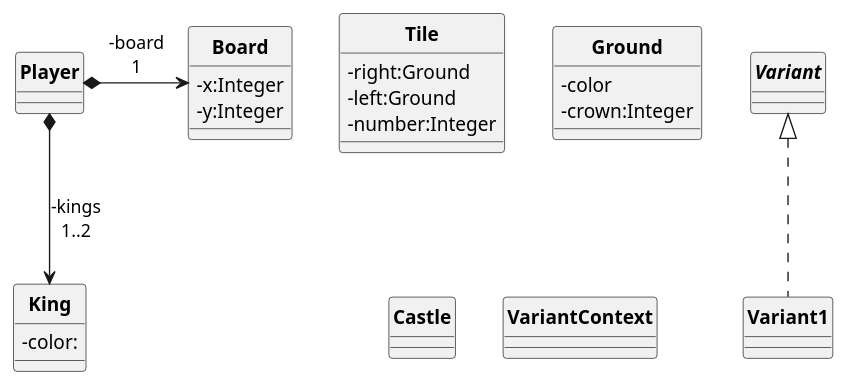
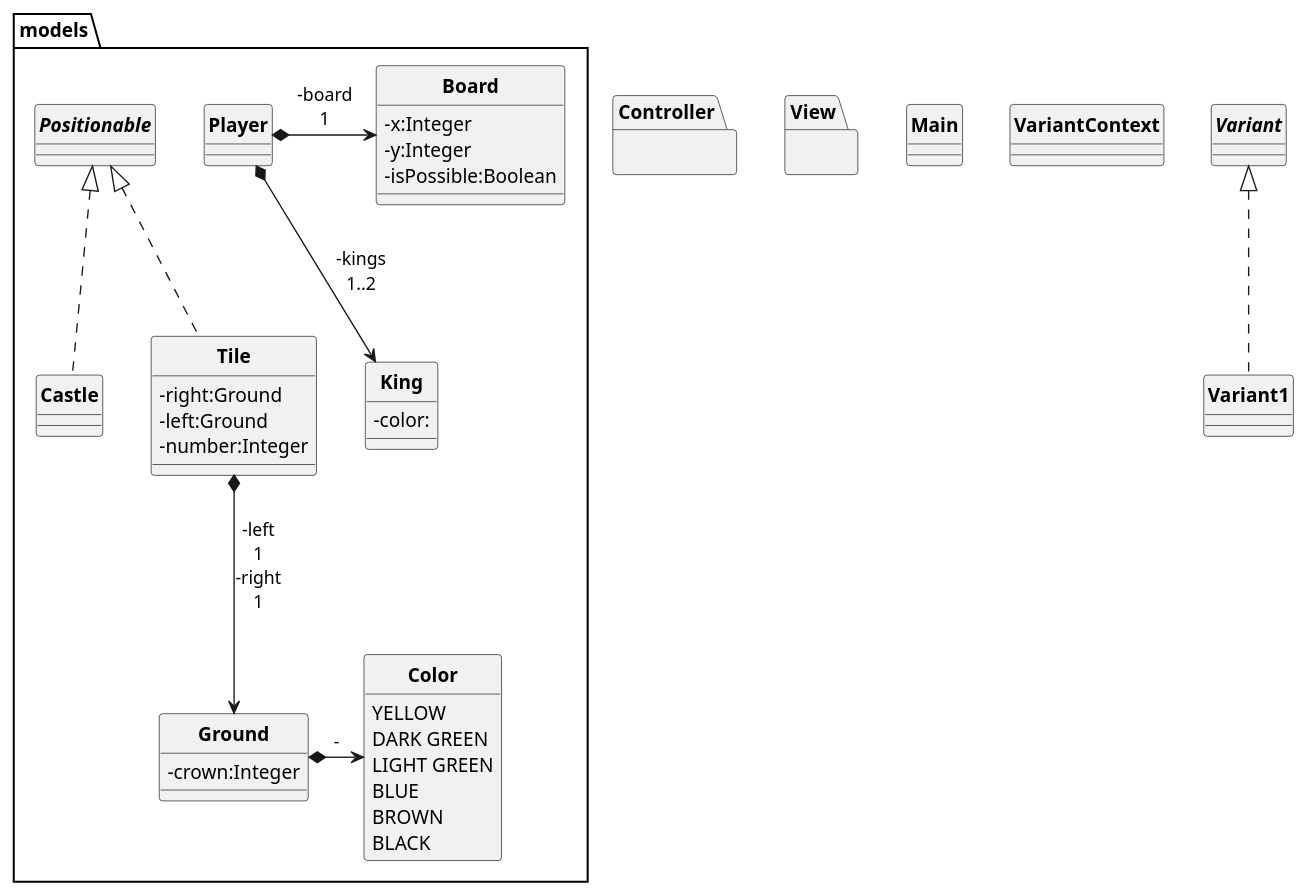
Before and after one commit to ErenMustafaGit/Kingdomino: the diagram in kingdomino/UML/init.puml, drawn with PlantUML.

Commit message:
Updated Models UML

```diff
--- a/kingdomino/UML/init.puml
+++ b/kingdomino/UML/init.puml
@@ -1,51 +1,86 @@
 @startuml
 skinparam style strictuml
 skinparam classAttributeIconSize 0
 skinparam classFontStyle Bold
 hide enum methods
 
 
-class Tile{
-    -right:Ground
-    -left:Ground
-    -number:Integer
-}
-class King{
-    -color:
-
+class Main{
 }
 
-class Player{
 
+
+package models{
+
+    class King{
+        -color:
+    }
+
+    class Player{
+
+    }
+
+    class Board{
+        -x:Integer
+        -y:Integer
+        -isPossible:Boolean
+    }
+
+    class Ground{
+        -crown:Integer
+    }
+
+
+    interface Positionable{
+    }
+
+    class Castle implements Positionable{
+    }
+
+    class Tile implements Positionable{
+        -right:Ground
+        -left:Ground
+        -number:Integer
+    }
+
+    enum Color{
+        YELLOW
+        DARK GREEN
+        LIGHT GREEN
+        BLUE
+        BROWN
+        BLACK
+    }
 }
 
-class Board{
-    -x:Integer
-    -y:Integer
-}
+Ground *-> Color : "-"
 
 Player *--> King : "-kings\n1..2"
 Player *-> Board : "-board\n1"
+Tile *--> Ground :  "-left\n1\n-right\n1"
 
-class Ground{
-    -color
-    -crown:Integer
-}
-
-class Castle{
-}
 
 class VariantContext{
 
 }
 
 interface Variant{
 
 }
 
 class Variant1 implements Variant{
 }
 
 
+package Controller{
+
+}
+
+
+package View{
+
+}
+
+
 
 @enduml
```
